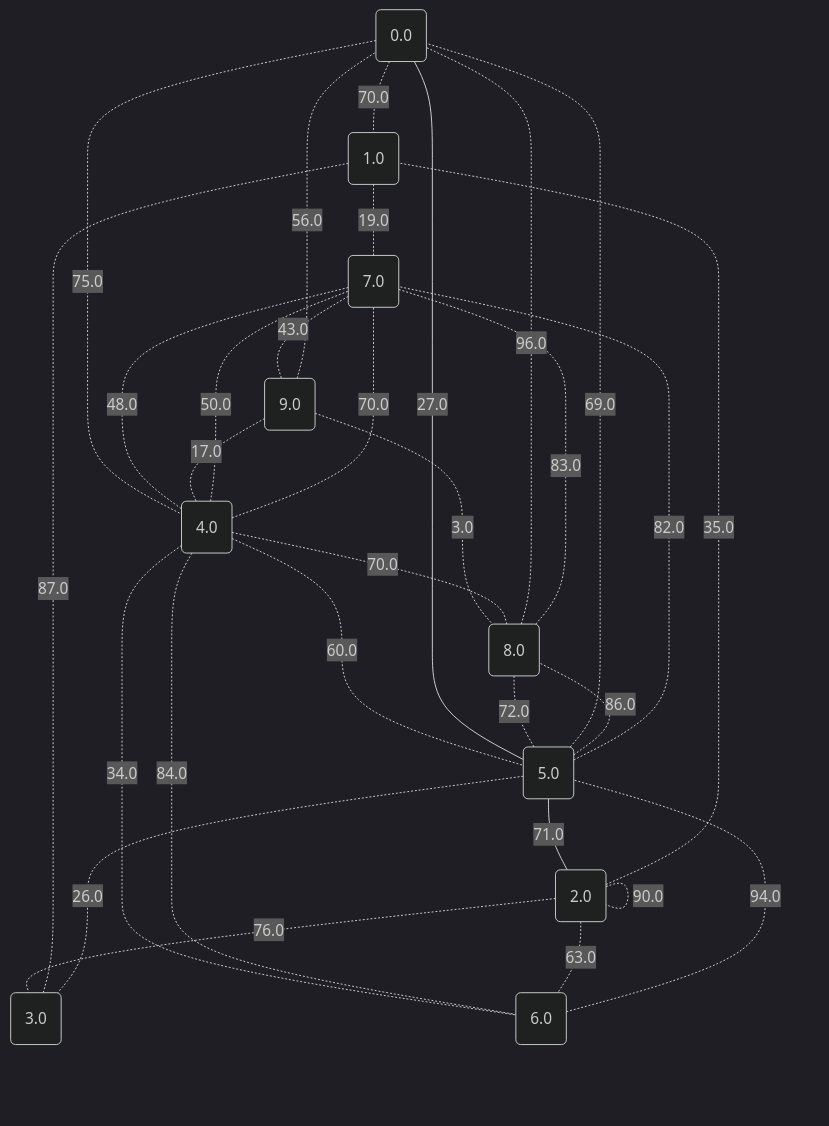
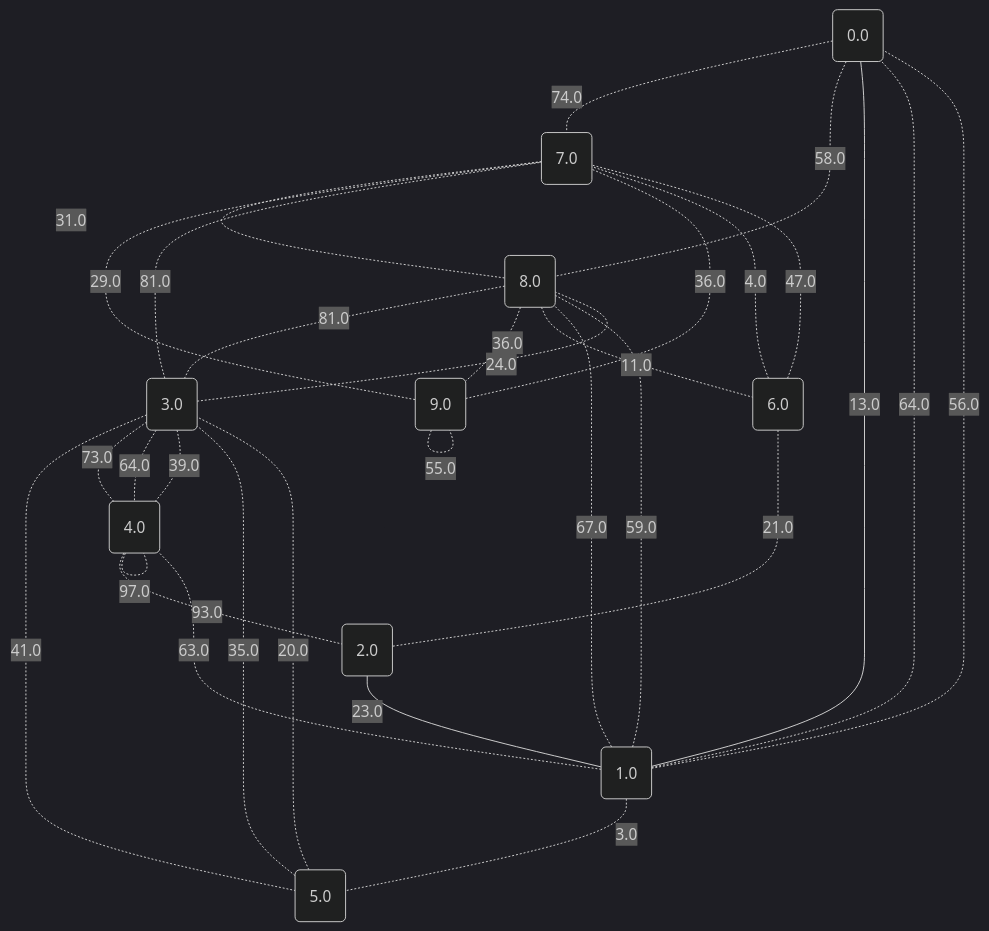
The fourth of 11 diagrams in project/src/testing/showcase/dijkstra.md (metury/graphs), drawn with Mermaid (dark theme) before and after one commit. The commit also changed other lines of this file and 33 other files, not shown here.

````diff
--- a/project/src/testing/showcase/dijkstra.md
+++ b/project/src/testing/showcase/dijkstra.md
@@ -145,43 +145,43 @@
 ```mermaid
 graph TD;
 	0("0.0");
 	1("1.0");
 	2("2.0");
 	3("3.0");
 	4("4.0");
 	5("5.0");
 	6("6.0");
 	7("7.0");
 	8("8.0");
 	9("9.0");
-	6 -. "94.0" -.- 5;
-	4 -. "34.0" -.- 6;
-	2 -. "76.0" -.- 3;
-	4 -. "84.0" -.- 6;
-	4 -. "50.0" -.- 7;
-	7 -. "43.0" -.- 9;
-	4 -. "60.0" -.- 5;
-	0 -. "70.0" -.- 1;
-	0 -. "75.0" -.- 4;
-	5 -- "71.0" --- 2;
-	2 -. "25.0" -.- 2;
-	1 -. "87.0" -.- 3;
-	2 -. "35.0" -.- 1;
-	9 -. "3.0" -.- 8;
-	8 -. "96.0" -.- 0;
-	4 -. "70.0" -.- 7;
-	2 -. "63.0" -.- 6;
-	8 -. "83.0" -.- 7;
-	5 -. "26.0" -.- 3;
-	7 -. "48.0" -.- 4;
-	1 -. "19.0" -.- 7;
-	0 -- "27.0" --- 5;
-	8 -. "72.0" -.- 5;
-	9 -. "56.0" -.- 0;
-	5 -. "69.0" -.- 0;
-	9 -. "17.0" -.- 4;
-	4 -. "70.0" -.- 8;
-	2 -. "90.0" -.- 2;
-	5 -. "86.0" -.- 8;
-	5 -. "82.0" -.- 7;
+	9 -. "55.0" -.- 9;
+	8 -. "81.0" -.- 3;
+	3 -. "81.0" -.- 7;
+	1 -. "3.0" -.- 5;
+	1 -- "13.0" --- 0;
+	3 -. "41.0" -.- 5;
+	0 -. "74.0" -.- 7;
+	5 -. "35.0" -.- 3;
+	3 -. "73.0" -.- 4;
+	3 -. "64.0" -.- 4;
+	7 -. "31.0" -.- 8;
+	7 -. "29.0" -.- 9;
+	6 -. "4.0" -.- 7;
+	8 -. "36.0" -.- 9;
+	3 -. "39.0" -.- 4;
+	6 -. "21.0" -.- 2;
+	9 -. "36.0" -.- 7;
+	2 -- "23.0" --- 1;
+	3 -. "24.0" -.- 8;
+	4 -. "97.0" -.- 4;
+	1 -. "63.0" -.- 4;
+	1 -. "64.0" -.- 0;
+	4 -. "93.0" -.- 2;
+	1 -. "56.0" -.- 0;
+	0 -. "58.0" -.- 8;
+	8 -. "11.0" -.- 6;
+	1 -. "59.0" -.- 8;
+	5 -. "20.0" -.- 3;
+	6 -. "47.0" -.- 7;
+	8 -. "67.0" -.- 1;
 ```
````
